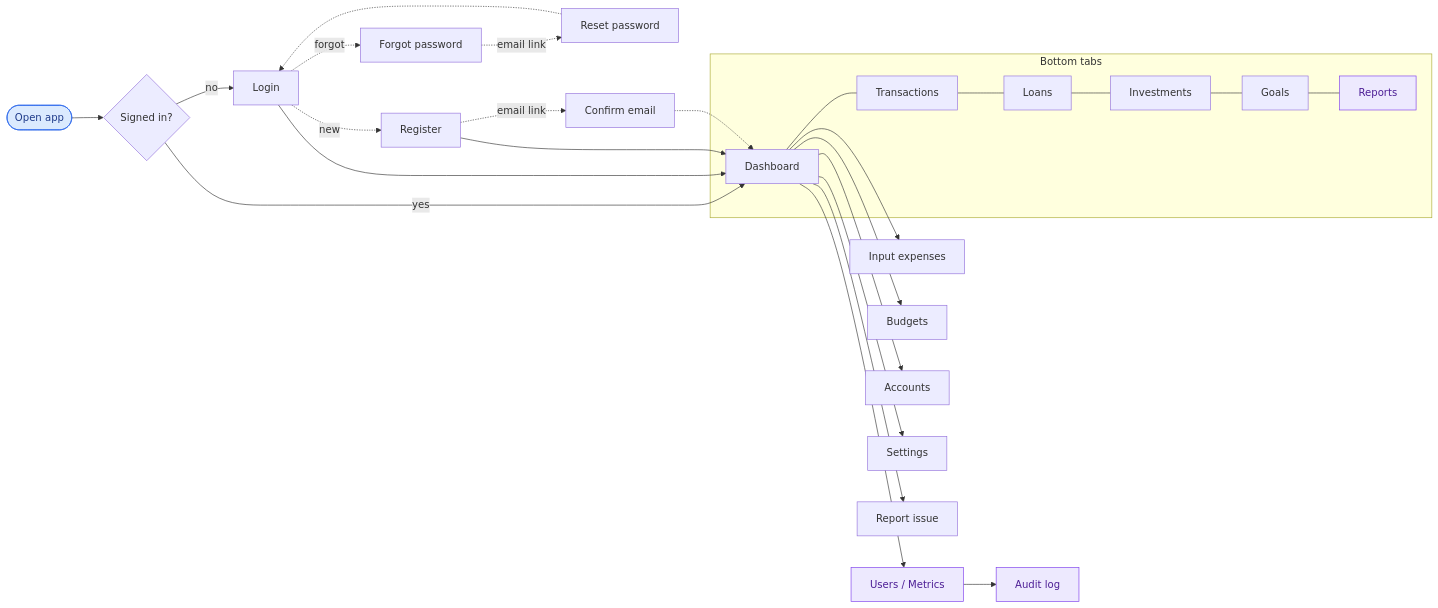
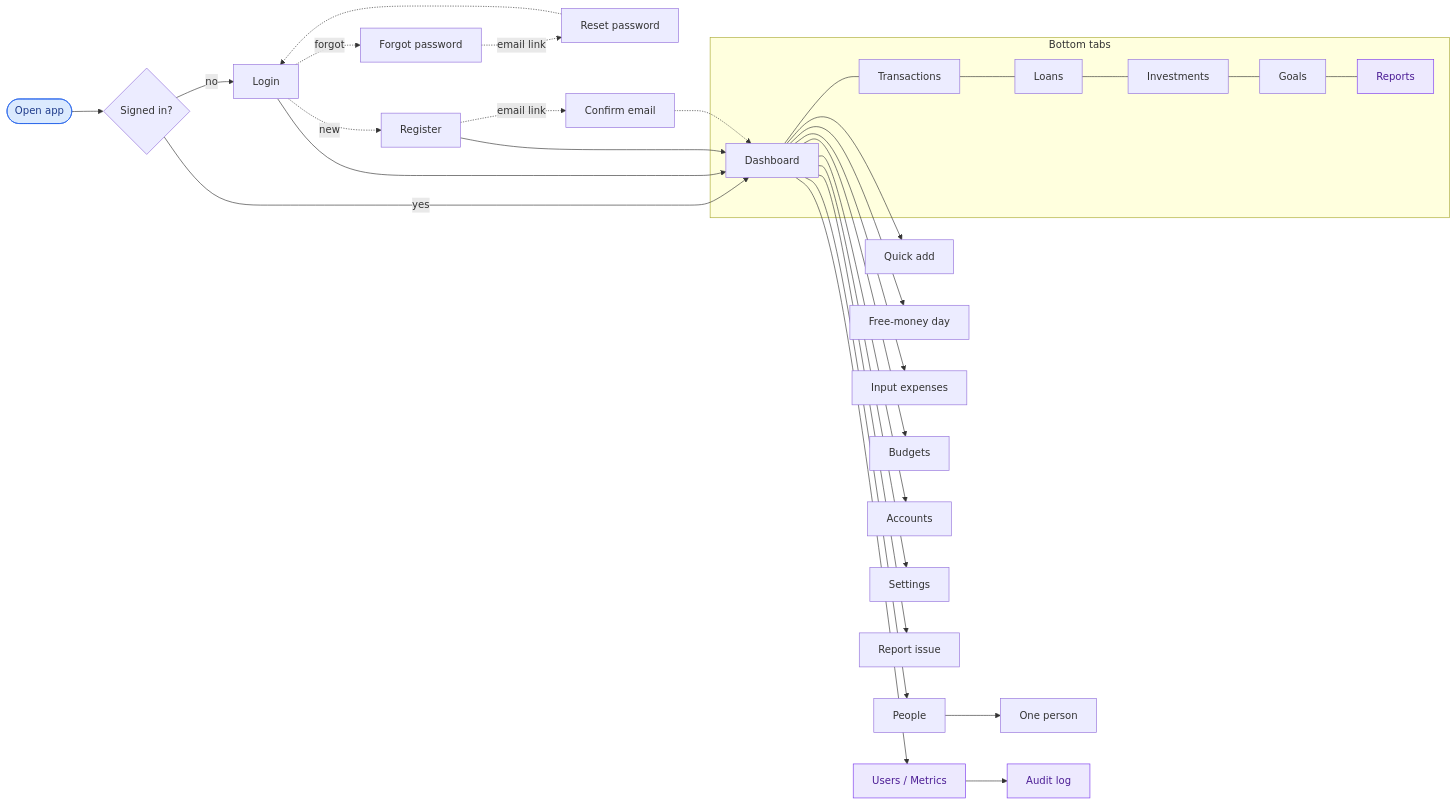
Before and after one commit to rangnenwars/myBudgetApp: the second of 25 diagrams in docs/USER_WORKFLOWS.md, drawn with Mermaid. The commit also changed other lines of this file and 79 other files, not shown here.

````diff
--- a/docs/USER_WORKFLOWS.md
+++ b/docs/USER_WORKFLOWS.md
@@ -31,30 +31,34 @@
 ```mermaid
 flowchart LR
   S(["Open app"]):::entry --> T{"Signed in?"}
   T -->|no| LG["Login"]
   T -->|yes| DB["Dashboard"]
   LG --> DB
   LG -.->|new| RG["Register"] --> DB
   LG -.->|forgot| FP["Forgot password"] -.->|email link| RS["Reset password"] -.-> LG
   RG -.->|email link| VE["Confirm email"] -.-> DB
   subgraph TABS["Bottom tabs"]
     DB
     TX["Transactions"]
     LN["Loans"]
     IV["Investments"]
     GL["Goals"]
     RP["Reports"]:::pro
   end
   DB --- TX --- LN --- IV --- GL --- RP
+  DB --> QA["Quick add"]
+  DB --> PP["People"]
+  PP --> PE["One person"]
+  DB --> FM["Free-money day"]
   DB --> IE["Input expenses"]
   DB --> BG["Budgets"]
   DB --> AC["Accounts"]
   DB --> ST["Settings"]
   DB --> RI["Report issue"]
   DB --> AD["Users / Metrics"]:::pro --> AL["Audit log"]:::pro
   classDef entry fill:#dbeafe,stroke:#2563eb,color:#1e3a8a
   classDef ok fill:#d1fae5,stroke:#059669,color:#064e3b
   classDef bad fill:#fee2e2,stroke:#dc2626,color:#7f1d1d
   classDef pro fill:#ede9fe,stroke:#7c3aed,color:#4c1d95
   classDef warn fill:#fef3c7,stroke:#d97706,color:#78350f
 ```
````
